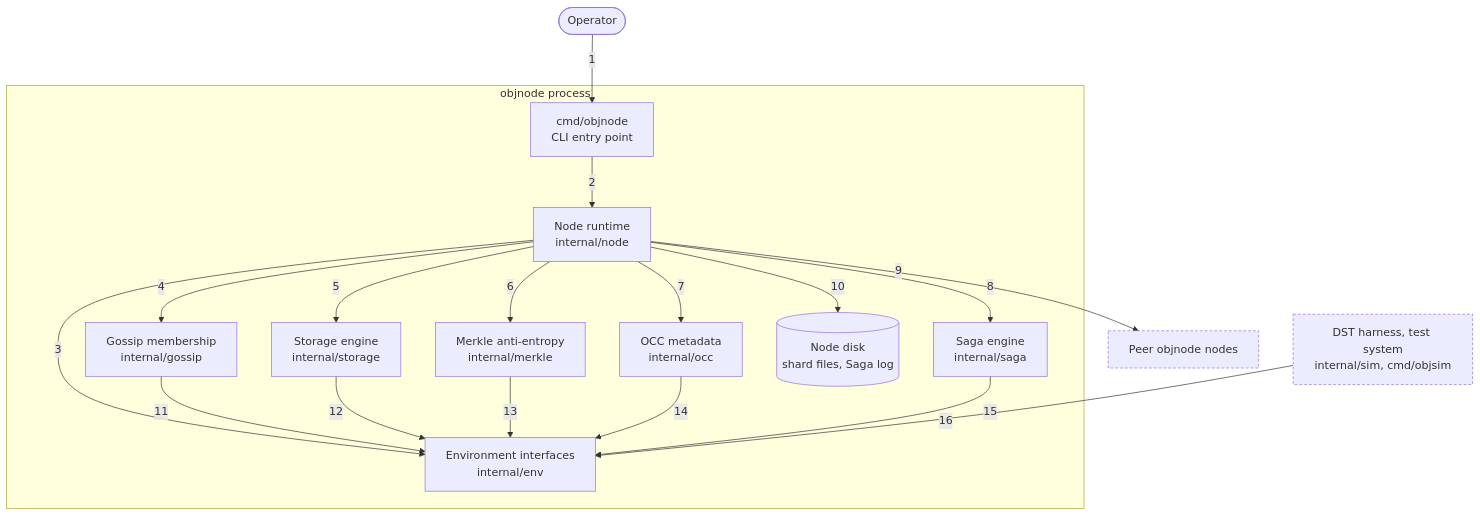
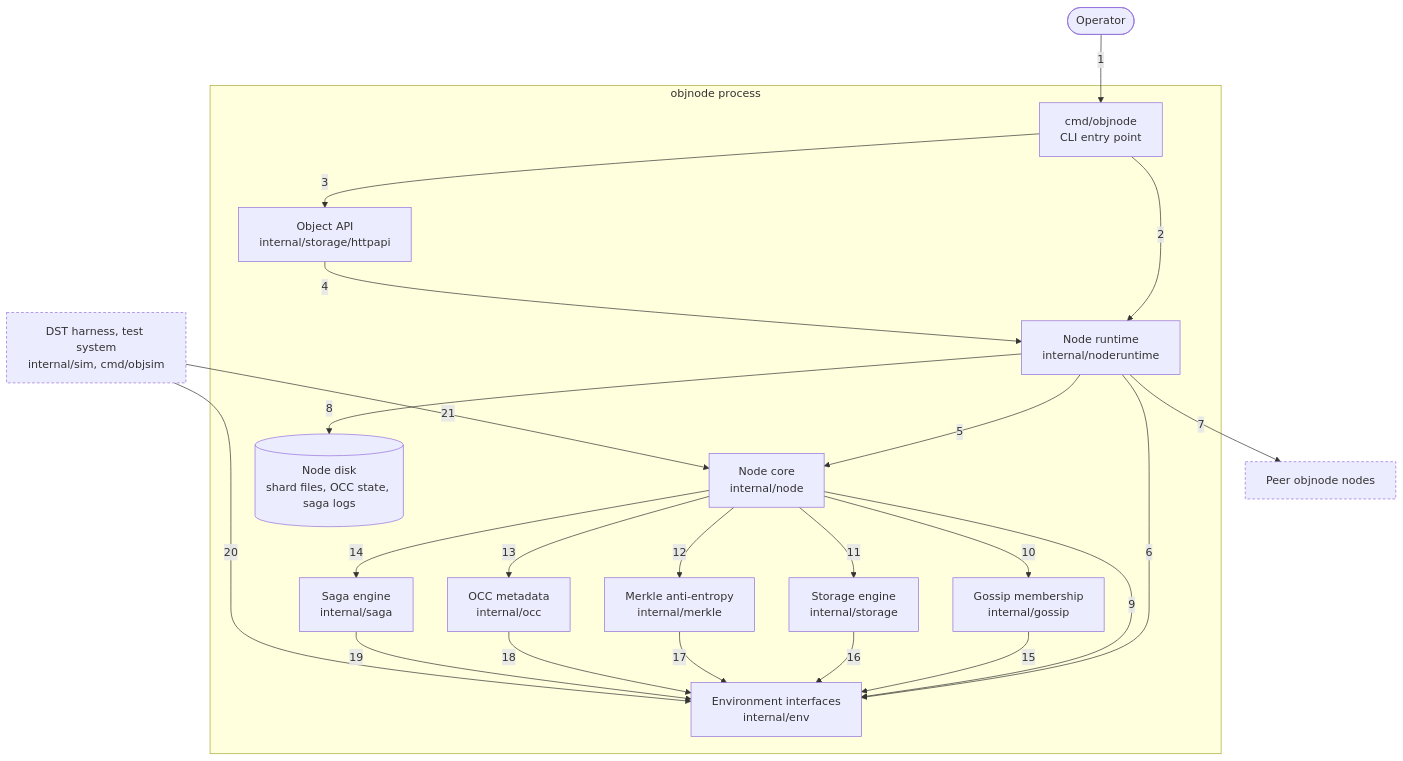
One commit to nickstrad/decentralized-object-store changed the diagram in docs/c4/03-container-runtime.md. Above: the diagram before and after it, drawn with Mermaid. The commit also changed other lines of this file and 28 other files, not shown here.

Commit message:
c4: redraw the diagrams as built: a node core that implements every package's interfaces, a node runtime, the object API over one service interface

````diff
--- a/docs/c4/03-container-runtime.md
+++ b/docs/c4/03-container-runtime.md
@@ -10,35 +10,42 @@
 ```mermaid
 flowchart TB
   OPER(["Operator"])
   subgraph OBJNODE["objnode process"]
     CMD["cmd/objnode<br/>CLI entry point"]
-    NODE["Node runtime<br/>internal/node"]
+    API["Object API<br/>internal/storage/httpapi"]
+    RUNTIME["Node runtime<br/>internal/noderuntime"]
+    NODE["Node core<br/>internal/node"]
     GOSSIP["Gossip membership<br/>internal/gossip"]
     STORAGE["Storage engine<br/>internal/storage"]
     MERKLE["Merkle anti-entropy<br/>internal/merkle"]
     OCC["OCC metadata<br/>internal/occ"]
     SAGA["Saga engine<br/>internal/saga"]
     ENV["Environment interfaces<br/>internal/env"]
-    DISK[("Node disk<br/>shard files, Saga log")]
+    DISK[("Node disk<br/>shard files, OCC state, saga logs")]
   end
   PEERS["Peer objnode nodes"]
   DST["DST harness, test system<br/>internal/sim, cmd/objsim"]
   OPER -->|1| CMD
-  CMD -->|2| NODE
-  NODE -->|3| ENV
-  NODE -->|4| GOSSIP
-  NODE -->|5| STORAGE
-  NODE -->|6| MERKLE
-  NODE -->|7| OCC
-  NODE -->|8| SAGA
-  NODE -->|9| PEERS
-  NODE -->|10| DISK
-  GOSSIP -->|11| ENV
-  STORAGE -->|12| ENV
-  MERKLE -->|13| ENV
-  OCC -->|14| ENV
-  SAGA -->|15| ENV
-  DST -->|16| ENV
+  CMD -->|2| RUNTIME
+  CMD -->|3| API
+  API -->|4| RUNTIME
+  RUNTIME -->|5| NODE
+  RUNTIME -->|6| ENV
+  RUNTIME -->|7| PEERS
+  RUNTIME -->|8| DISK
+  NODE -->|9| ENV
+  NODE -->|10| GOSSIP
+  NODE -->|11| STORAGE
+  NODE -->|12| MERKLE
+  NODE -->|13| OCC
+  NODE -->|14| SAGA
+  GOSSIP -->|15| ENV
+  STORAGE -->|16| ENV
+  MERKLE -->|17| ENV
+  OCC -->|18| ENV
+  SAGA -->|19| ENV
+  DST -->|20| ENV
+  DST -->|21| NODE
   classDef ext stroke-dasharray:4 3
   class PEERS,DST ext
 ```
````
